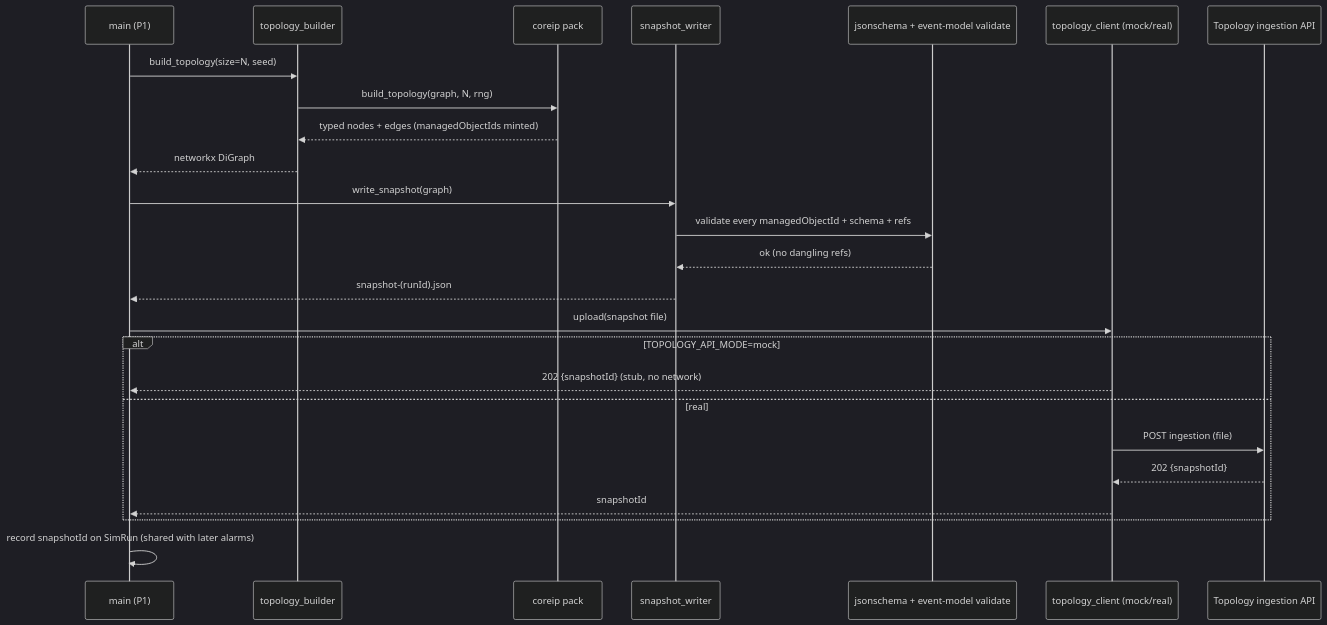
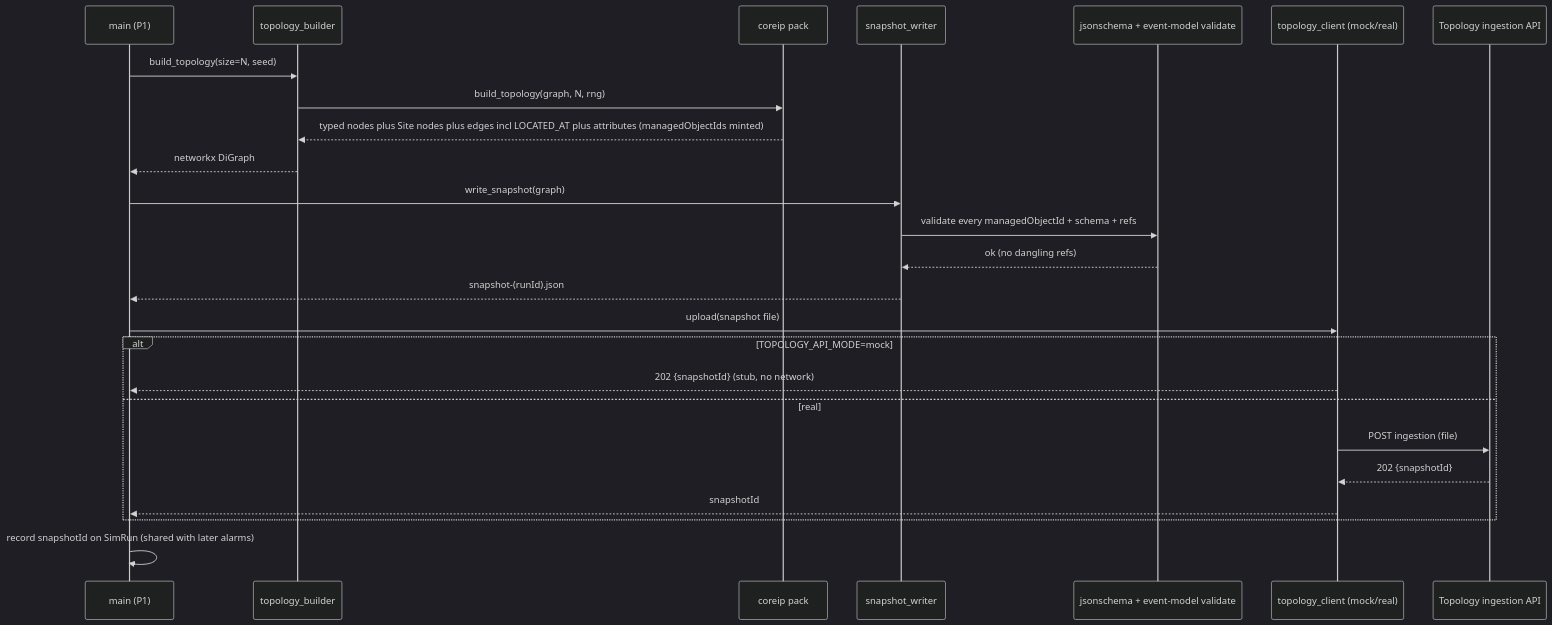
The third of 8 diagrams in services/simulator/design.md (nikhilmohan/correlation-platform), drawn with Mermaid (dark theme) before and after one commit. The commit also changed other lines of this file, not shown here.

Commit message:
design(simulator): generate Sites + LOCATED_AT + device attributes; domain-pack vocabulary

````diff
--- a/services/simulator/design.md
+++ b/services/simulator/design.md
@@ -306,28 +331,28 @@
 ```mermaid
 sequenceDiagram
   participant CLI as main (P1)
   participant TB as topology_builder
   participant Pack as coreip pack
   participant SW as snapshot_writer
   participant Val as jsonschema + event-model validate
   participant TC as topology_client (mock/real)
   participant Topo as Topology ingestion API
 
   CLI->>TB: build_topology(size=N, seed)
   TB->>Pack: build_topology(graph, N, rng)
-  Pack-->>TB: typed nodes + edges (managedObjectIds minted)
+  Pack-->>TB: typed nodes plus Site nodes plus edges incl LOCATED_AT plus attributes (managedObjectIds minted)
   TB-->>CLI: networkx DiGraph
   CLI->>SW: write_snapshot(graph)
   SW->>Val: validate every managedObjectId + schema + refs
   Val-->>SW: ok (no dangling refs)
   SW-->>CLI: snapshot-(runId).json
   CLI->>TC: upload(snapshot file)
   alt TOPOLOGY_API_MODE=mock
     TC-->>CLI: 202 {snapshotId} (stub, no network)
   else real
     TC->>Topo: POST ingestion (file)
     Topo-->>TC: 202 {snapshotId}
     TC-->>CLI: snapshotId
   end
   CLI->>CLI: record snapshotId on SimRun (shared with later alarms)
 ```
````
